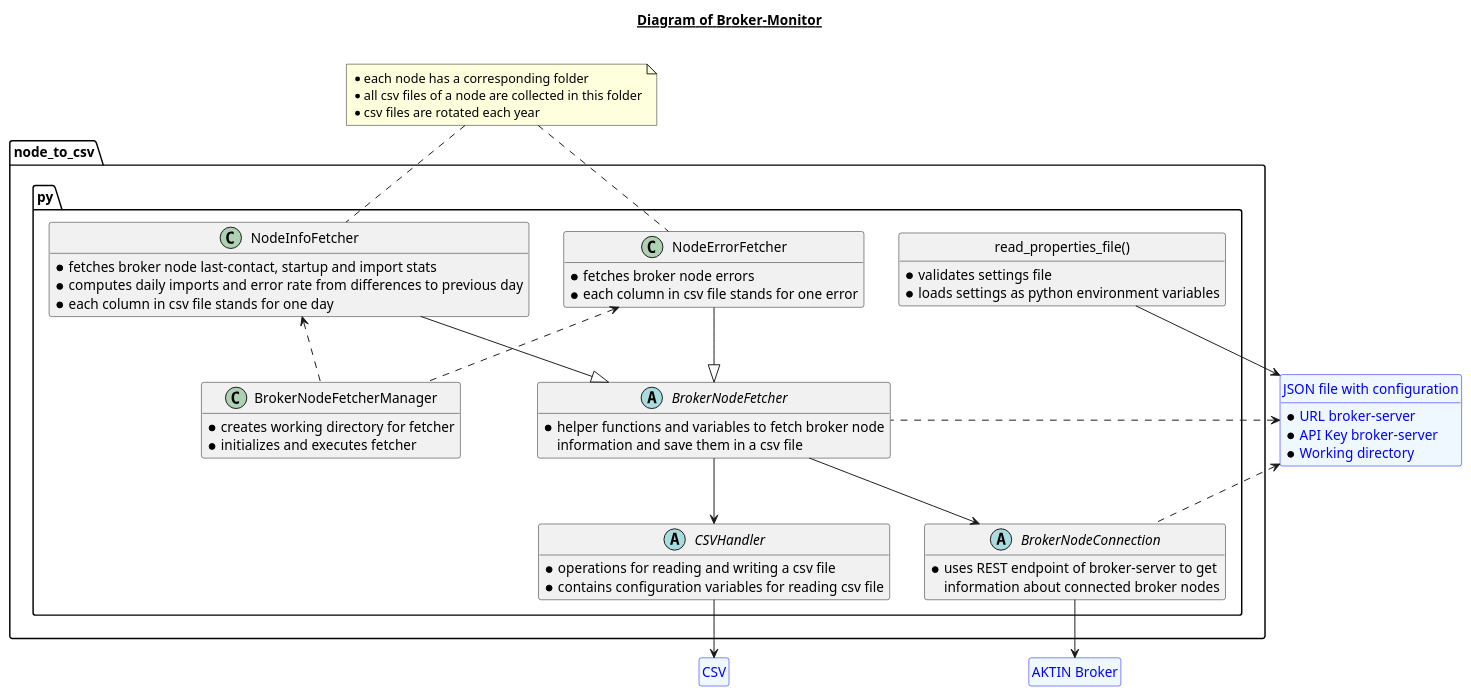
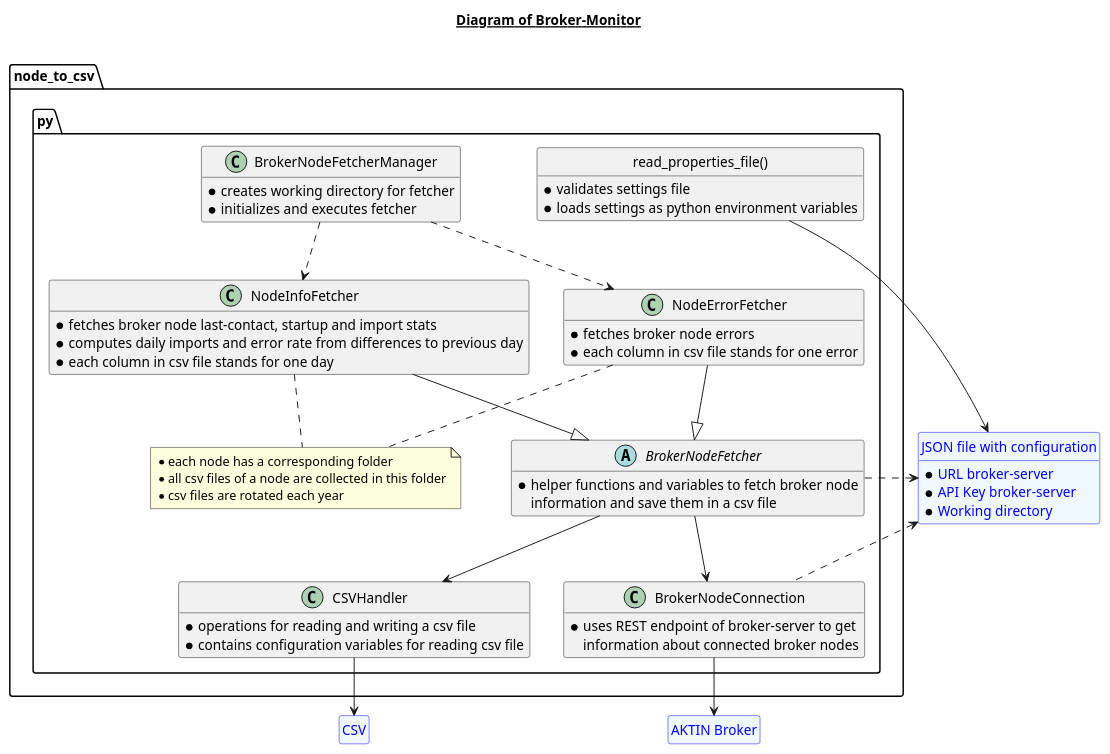
The diagram in docs/architecture/broker-monitor.puml (alexkombie/AKTIN_broker_monitor), drawn with PlantUML before and after one commit. The commit also changed 1 other file, not shown here.

Commit message:
smaller fix in local and architecture

```diff
--- a/docs/architecture/broker-monitor.puml
+++ b/docs/architecture/broker-monitor.puml
@@ -1,80 +1,80 @@
 @startuml
 hide methods
 
 title __Diagram of Broker-Monitor__\n
 
 package "node_to_csv.py" <<Package>> {
 class "read_properties_file()" as r {
 * validates settings file
 * loads settings as python environment variables
 }
 hide r circle
 
-abstract class CSVHandler {
+class CSVHandler {
 * operations for reading and writing a csv file
 * contains configuration variables for reading csv file
 }
 
-abstract BrokerNodeConnection {
+class BrokerNodeConnection {
 * uses REST endpoint of broker-server to get
 information about connected broker nodes
 }
 
 abstract class BrokerNodeFetcher {
 * helper functions and variables to fetch broker node
 information and save them in a csv file
 }
 
 class NodeErrorFetcher {
 * fetches broker node errors
 * each column in csv file stands for one error
 }
 
 class NodeInfoFetcher {
 * fetches broker node last-contact, startup and import stats
 * computes daily imports and error rate from differences to previous day
 * each column in csv file stands for one day
 }
 
 class BrokerNodeFetcherManager {
 * creates working directory for fetcher
 * initializes and executes fetcher
 }
 
+note "* each node has a corresponding folder\n* all csv files of a node are collected in this folder\n* csv files are rotated each year" as N1
+NodeErrorFetcher .. N1
+NodeInfoFetcher .. N1
+
 BrokerNodeFetcher --> CSVHandler
 BrokerNodeFetcher --> BrokerNodeConnection
 NodeErrorFetcher --|> BrokerNodeFetcher
 NodeInfoFetcher --|> BrokerNodeFetcher
-BrokerNodeFetcherManager .u.> NodeInfoFetcher
-BrokerNodeFetcherManager .u.> NodeErrorFetcher
+BrokerNodeFetcherManager .d.> NodeInfoFetcher
+BrokerNodeFetcherManager .d.> NodeErrorFetcher
 }
 
 entity "AKTIN Broker" as broker
 entity broker #aliceblue;line:blue;text:blue
 hide broker members
 hide broker circle
 
 entity "CSV" as csv
 entity csv #aliceblue;line:blue;text:blue
 hide csv members
 hide csv circle
 
 entity "JSON file with configuration" as settings {
 * URL broker-server
 * API Key broker-server
 * Working directory
 }
 entity settings #aliceblue;line:blue;text:blue
 hide settings circle
 
-note "* each node has a corresponding folder\n* all csv files of a node are collected in this folder\n* csv files are rotated each year" as N1
-NodeErrorFetcher .u. N1
-NodeInfoFetcher .u. N1
-
 BrokerNodeConnection -d-> broker
 CSVHandler -d-> csv
 r --> settings
 BrokerNodeConnection .l.> settings
 BrokerNodeFetcher .l.> settings
 
 @enduml
```
